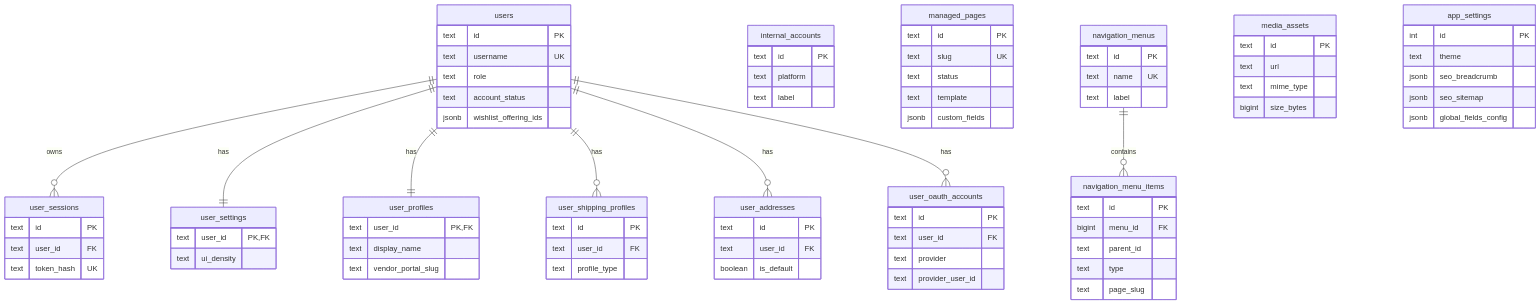
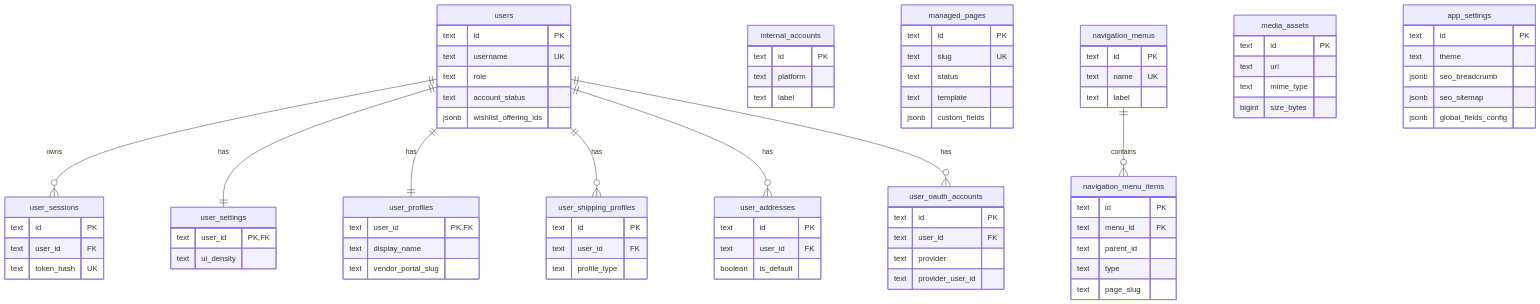
The fifth of 8 diagrams in docs/schema.md (hoangpham2263/pinklove), drawn with Mermaid before and after one commit. The commit also changed other lines of this file and 36 other files, not shown here.

```diff
--- a/docs/schema.md
+++ b/docs/schema.md
@@ -527,7 +569,7 @@
 
   navigation_menu_items {
     text id PK
-    bigint menu_id FK
+    text menu_id FK
     text parent_id
     text type
     text page_slug
@@ -541,7 +583,7 @@
   }
 
   app_settings {
-    int id PK
+    text id PK
     text theme
     jsonb seo_breadcrumb
     jsonb seo_sitemap
```
